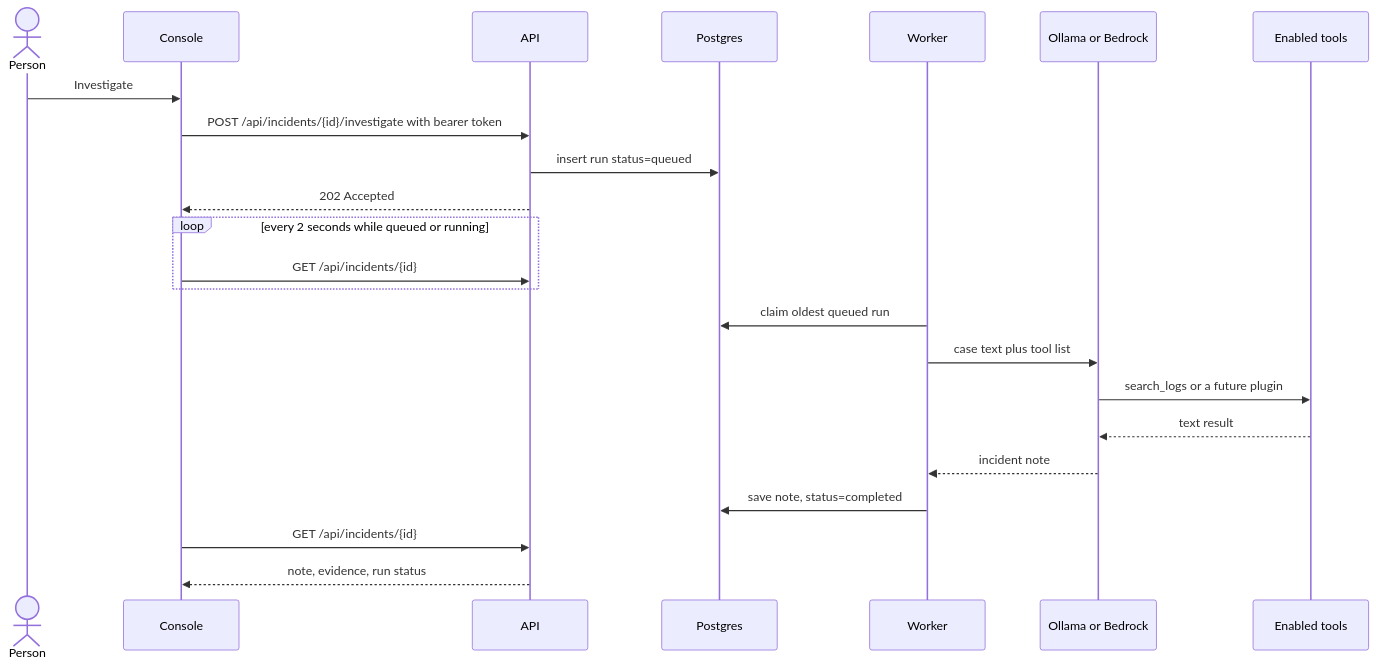
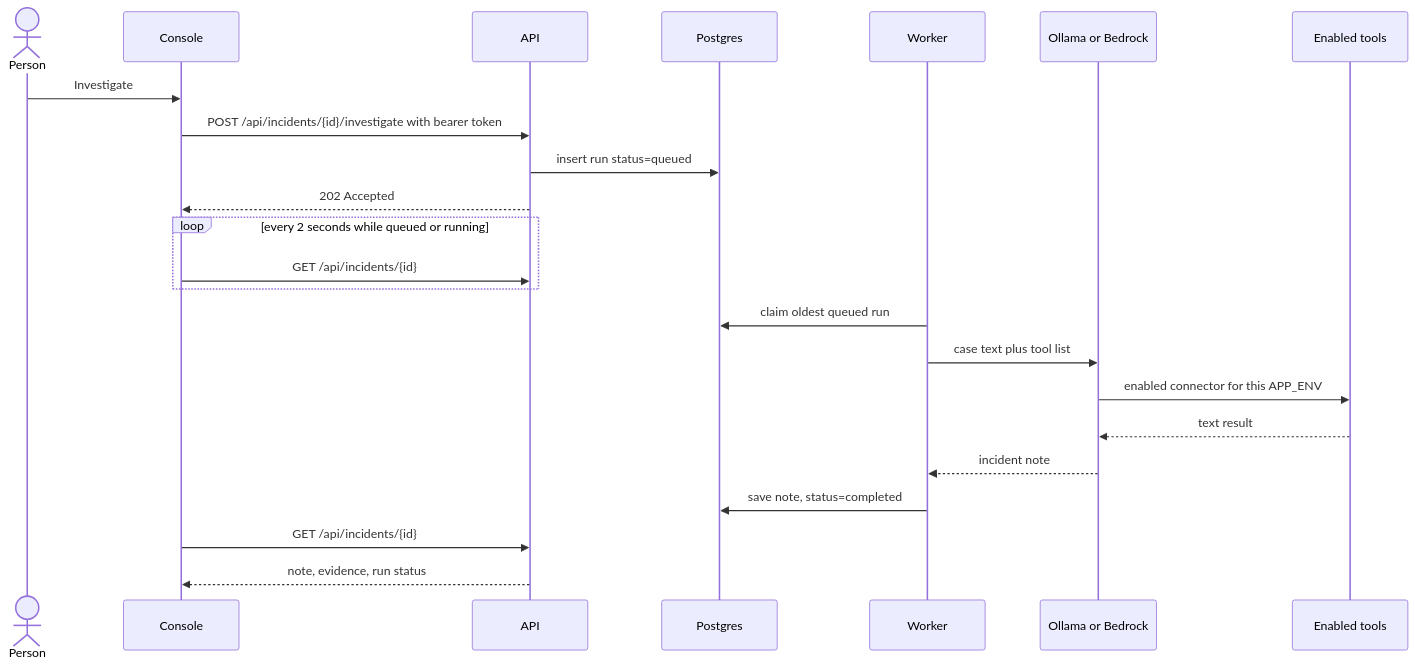
One commit to SaifulJnU/incident-investigation-agent changed the third of 3 diagrams in prd/system-design.md. Above: the diagram before and after it, drawn with Mermaid. The commit also changed other lines of this file and 25 other files, not shown here.

Commit message:
Search company log systems when APP_ENV is prod.

````diff
--- a/prd/system-design.md
+++ b/prd/system-design.md
@@ -54,25 +54,25 @@
 ```mermaid
 sequenceDiagram
   actor Person
   participant Console
   participant API
   participant DB as Postgres
   participant Worker
   participant Model as Ollama or Bedrock
   participant Logs as Enabled tools
   Person->>Console: Investigate
   Console->>API: POST /api/incidents/{id}/investigate with bearer token
   API->>DB: insert run status=queued
   API-->>Console: 202 Accepted
   loop every 2 seconds while queued or running
     Console->>API: GET /api/incidents/{id}
   end
   Worker->>DB: claim oldest queued run
   Worker->>Model: case text plus tool list
-  Model->>Logs: search_logs or a future plugin
+  Model->>Logs: enabled connector for this APP_ENV
   Logs-->>Model: text result
   Model-->>Worker: incident note
   Worker->>DB: save note, status=completed
   Console->>API: GET /api/incidents/{id}
   API-->>Console: note, evidence, run status
 ```
````
